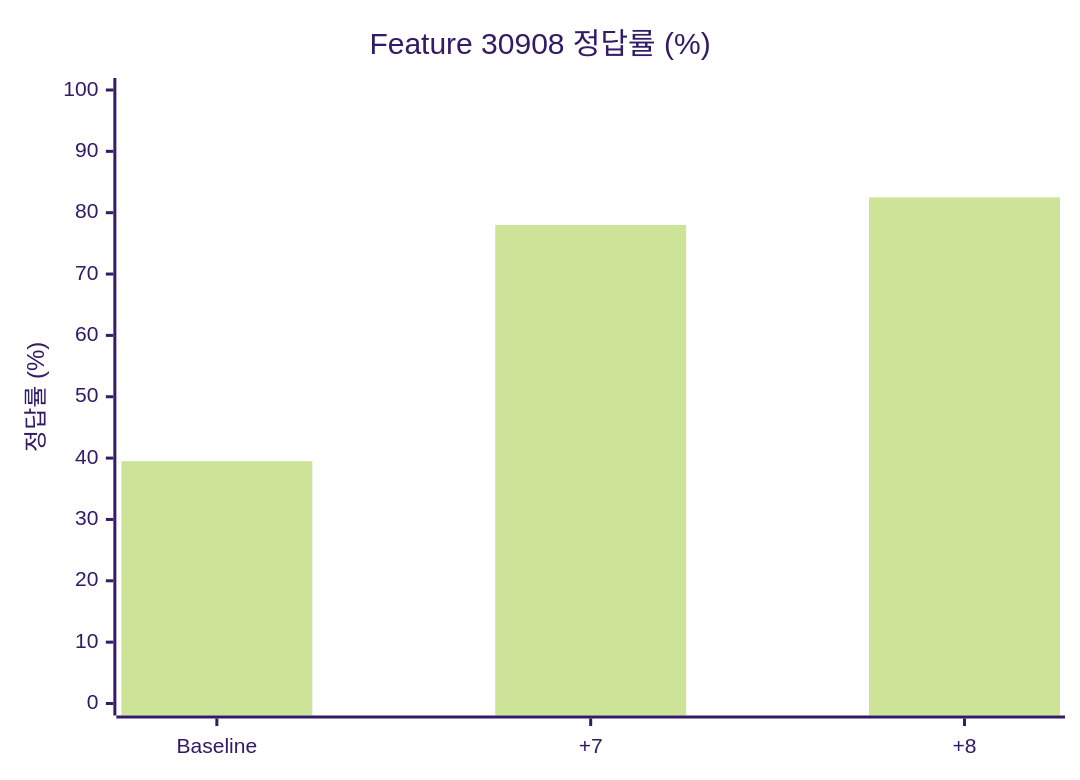
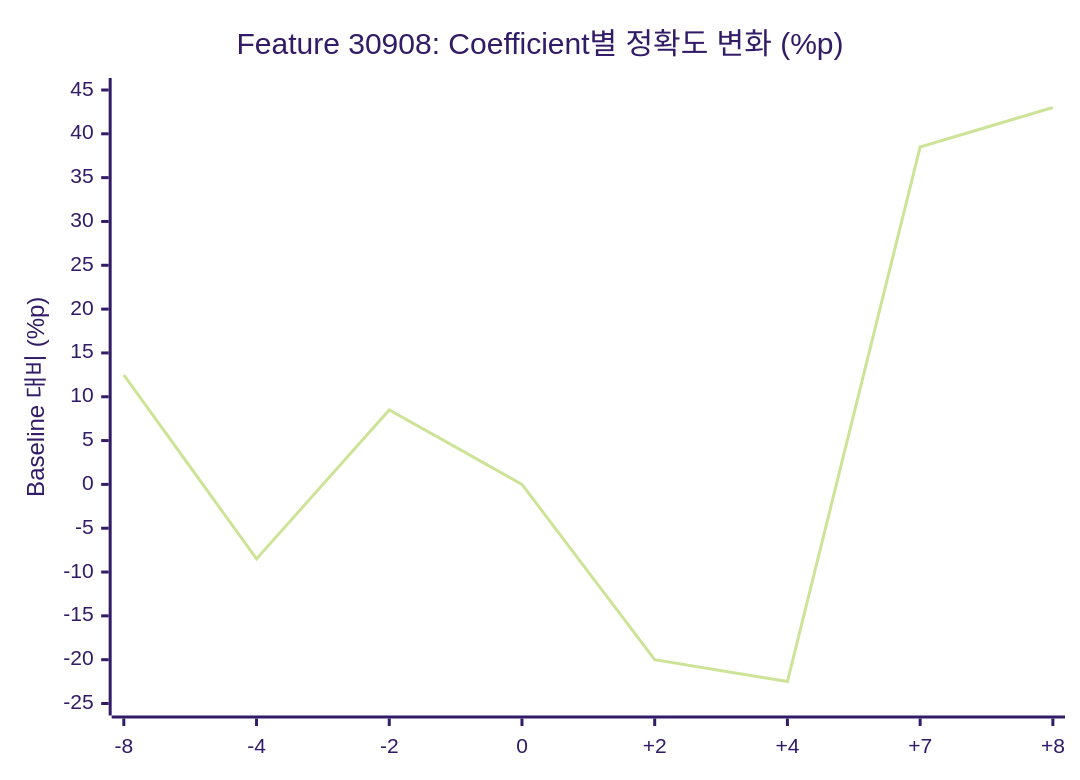
Before and after one commit to davidkss/mindscopex_analysis: the fifth of 5 diagrams in research/journal/2026-10-01_2026-10-10.md, drawn with Mermaid (forest theme). The commit also changed other lines of this file, not shown here.

````diff
--- a/research/journal/2026-10-01_2026-10-10.md
+++ b/research/journal/2026-10-01_2026-10-10.md
@@ -120,7 +141,7 @@
 ```mermaid
 xychart-beta
-    title "Feature 30908 정답률 (%)"
-    x-axis [Baseline, "+7", "+8"]
-    y-axis "정답률 (%)" 0 --> 100
-    bar [39.5, 78, 82.5]
+    title "Feature 30908: Coefficient별 정확도 변화 (%p)"
+    x-axis ["-8", "-4", "-2", "0", "+2", "+4", "+7", "+8"]
+    y-axis "Baseline 대비 (%p)" -25 --> 45
+    line [12.5, -8.5, 8.5, 0, -20, -22.5, 38.5, 43]
 ```
````
